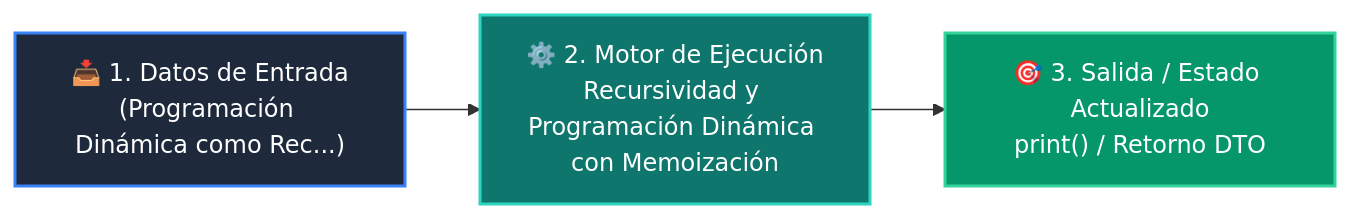
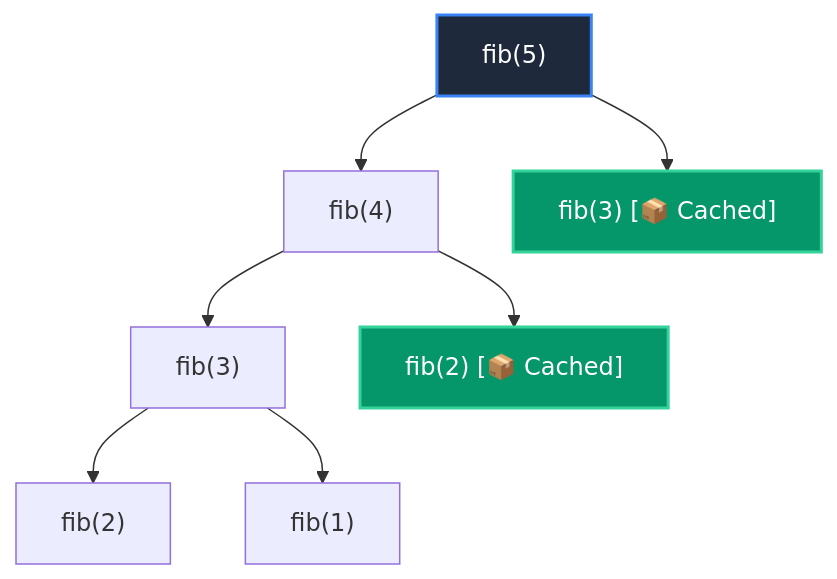
Before and after one commit to wisrovi/wisrovi-python: the diagram in docs/curso-02/clase-08.md, drawn with Mermaid. The commit also changed other lines of this file and 52 other files, not shown here.

````diff
--- a/docs/curso-02/clase-08.md
+++ b/docs/curso-02/clase-08.md
@@ -38,9 +37,12 @@
 ```mermaid
-flowchart LR
-    IN["📥 1. Datos de Entrada<br/>(Programación Dinámica como Rec...)"] --> ENG["⚙️ 2. Motor de Ejecución<br/>Recursividad y Programación Dinámica con Memoización"]
-    ENG --> OUT["🎯 3. Salida / Estado Actualizado<br/>print() / Retorno DTO"]
-
-    style IN fill:#1e293b,color:#ffffff,stroke:#3b82f6,stroke-width:2px
-    style ENG fill:#0f766e,color:#ffffff,stroke:#2dd4bf,stroke-width:2px
-    style OUT fill:#059669,color:#ffffff,stroke:#34d399,stroke-width:2px
+flowchart TD
+    A["fib(5)"] --> B["fib(4)"]
+    A --> C["fib(3) [📦 Cached]"]
+    B --> D["fib(3)"]
+    B --> E["fib(2) [📦 Cached]"]
+    D --> F["fib(2)"]
+    D --> G["fib(1)"]
+    style A fill:#1e293b,color:#ffffff,stroke:#3b82f6,stroke-width:2px
+    style C fill:#059669,color:#ffffff,stroke:#34d399,stroke-width:2px
+    style E fill:#059669,color:#ffffff,stroke:#34d399,stroke-width:2px
 ```
````
